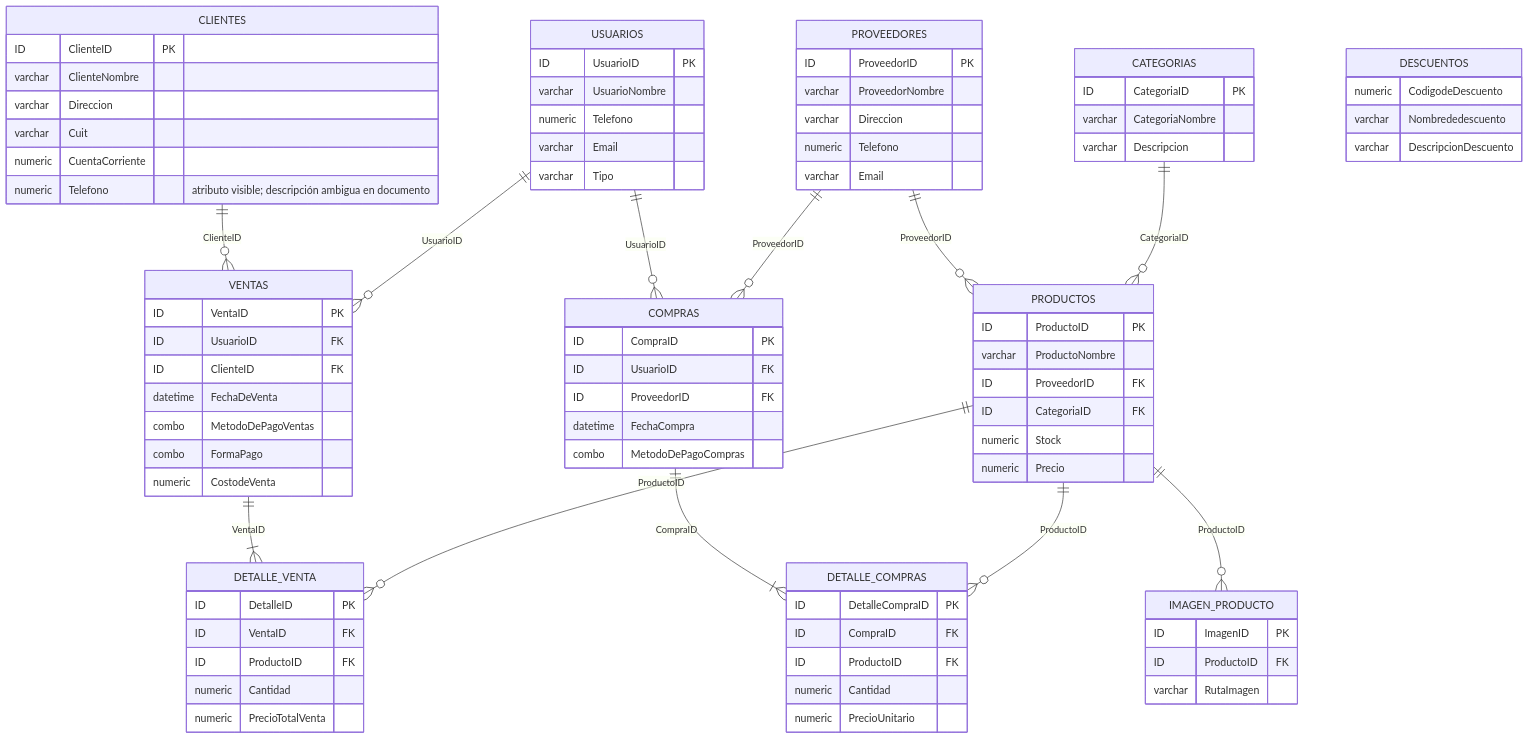
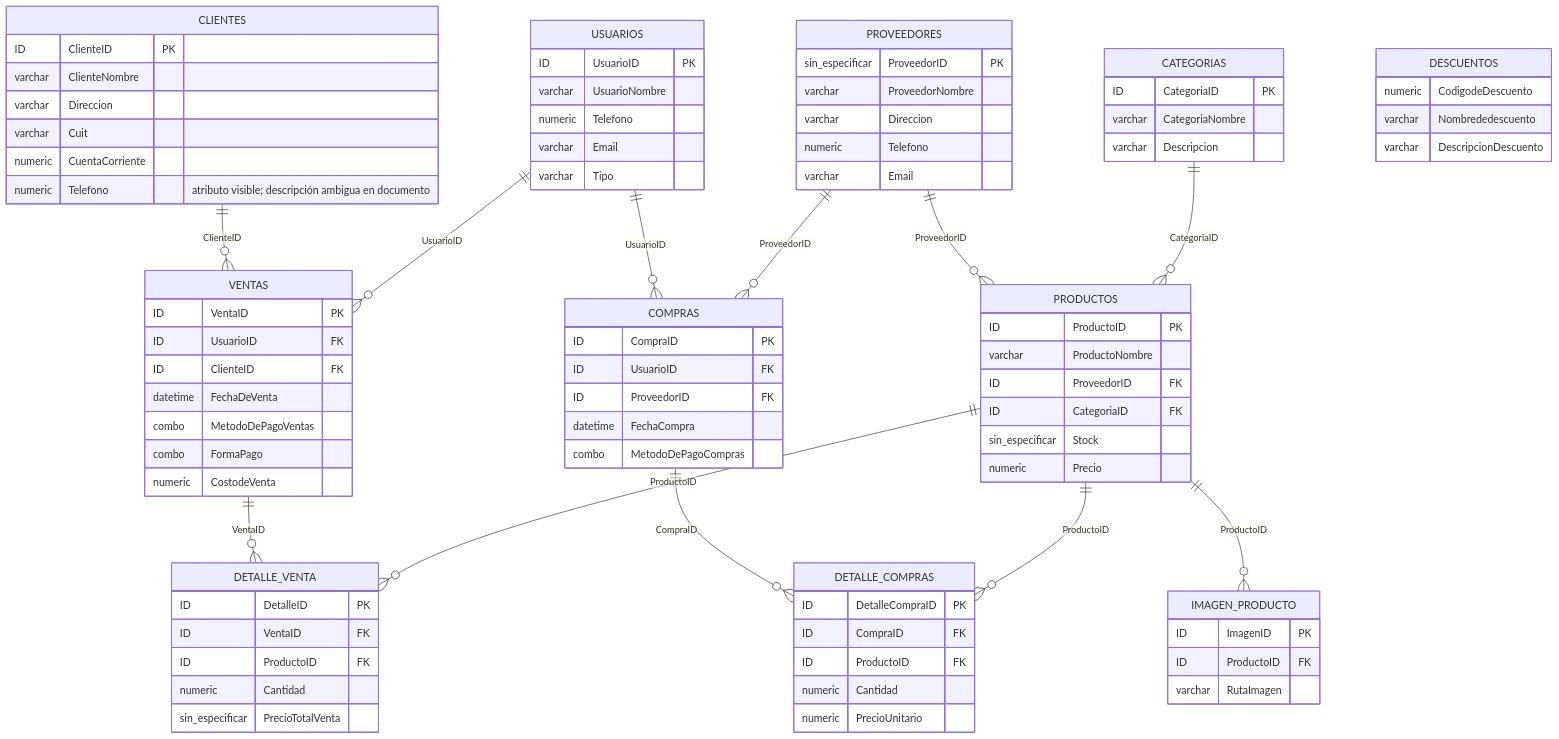
One commit to juampiocarp/sistema-gesti-n-repuestos-genexus changed the diagram in diagrams/modelo-entidad-relacion.mmd. Above: the diagram before and after it, drawn with Mermaid.

Commit message:
docs: align ER diagram with documented schema details

```diff
--- a/diagrams/modelo-entidad-relacion.mmd
+++ b/diagrams/modelo-entidad-relacion.mmd
@@ -1,90 +1,90 @@
 erDiagram
     CLIENTES ||--o{ VENTAS : "ClienteID"
     USUARIOS ||--o{ VENTAS : "UsuarioID"
-    VENTAS ||--|{ DETALLE_VENTA : "VentaID"
+    VENTAS ||--o{ DETALLE_VENTA : "VentaID"
     PRODUCTOS ||--o{ DETALLE_VENTA : "ProductoID"
 
     PROVEEDORES ||--o{ PRODUCTOS : "ProveedorID"
     CATEGORIAS ||--o{ PRODUCTOS : "CategoriaID"
     PRODUCTOS ||--o{ IMAGEN_PRODUCTO : "ProductoID"
 
     USUARIOS ||--o{ COMPRAS : "UsuarioID"
     PROVEEDORES ||--o{ COMPRAS : "ProveedorID"
-    COMPRAS ||--|{ DETALLE_COMPRAS : "CompraID"
+    COMPRAS ||--o{ DETALLE_COMPRAS : "CompraID"
     PRODUCTOS ||--o{ DETALLE_COMPRAS : "ProductoID"
 
     CLIENTES {
         ID ClienteID PK
         varchar ClienteNombre
         varchar Direccion
         varchar Cuit
         numeric CuentaCorriente
         numeric Telefono "atributo visible; descripción ambigua en documento"
     }
     USUARIOS {
         ID UsuarioID PK
         varchar UsuarioNombre
         numeric Telefono
         varchar Email
         varchar Tipo
     }
     VENTAS {
         ID VentaID PK
         ID UsuarioID FK
         ID ClienteID FK
         datetime FechaDeVenta
         combo MetodoDePagoVentas
         combo FormaPago
         numeric CostodeVenta
     }
     DETALLE_VENTA {
         ID DetalleID PK
         ID VentaID FK
         ID ProductoID FK
         numeric Cantidad
-        numeric PrecioTotalVenta
+        sin_especificar PrecioTotalVenta
     }
     PRODUCTOS {
         ID ProductoID PK
         varchar ProductoNombre
         ID ProveedorID FK
         ID CategoriaID FK
-        numeric Stock
+        sin_especificar Stock
         numeric Precio
     }
     CATEGORIAS {
         ID CategoriaID PK
         varchar CategoriaNombre
         varchar Descripcion
     }
     PROVEEDORES {
-        ID ProveedorID PK
+        sin_especificar ProveedorID PK
         varchar ProveedorNombre
         varchar Direccion
         numeric Telefono
         varchar Email
     }
     IMAGEN_PRODUCTO {
         ID ImagenID PK
         ID ProductoID FK
         varchar RutaImagen
     }
     COMPRAS {
         ID CompraID PK
         ID UsuarioID FK
         ID ProveedorID FK
         datetime FechaCompra
         combo MetodoDePagoCompras
     }
     DETALLE_COMPRAS {
         ID DetalleCompraID PK
         ID CompraID FK
         ID ProductoID FK
         numeric Cantidad
         numeric PrecioUnitario
     }
     DESCUENTOS {
         numeric CodigodeDescuento
         varchar Nombrededescuento
         varchar DescripcionDescuento
     }
```
